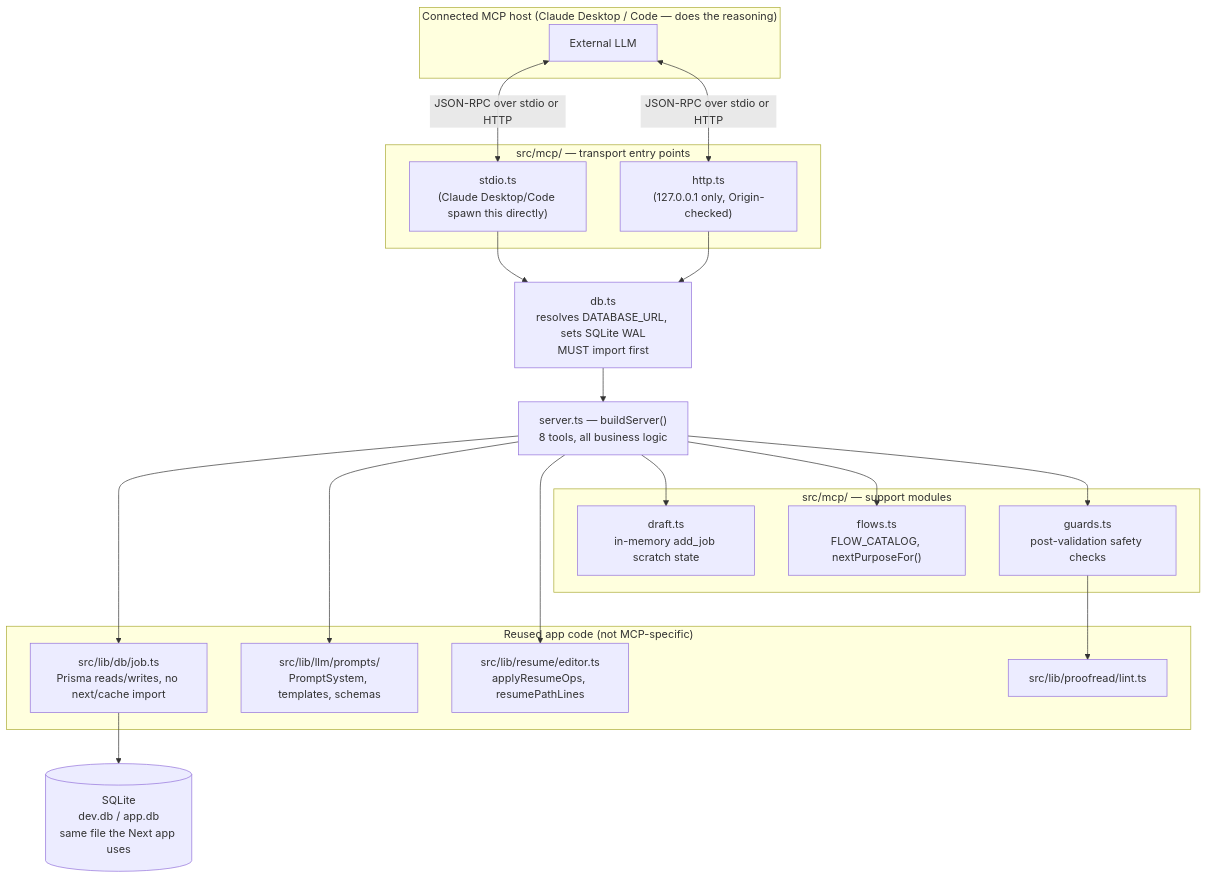
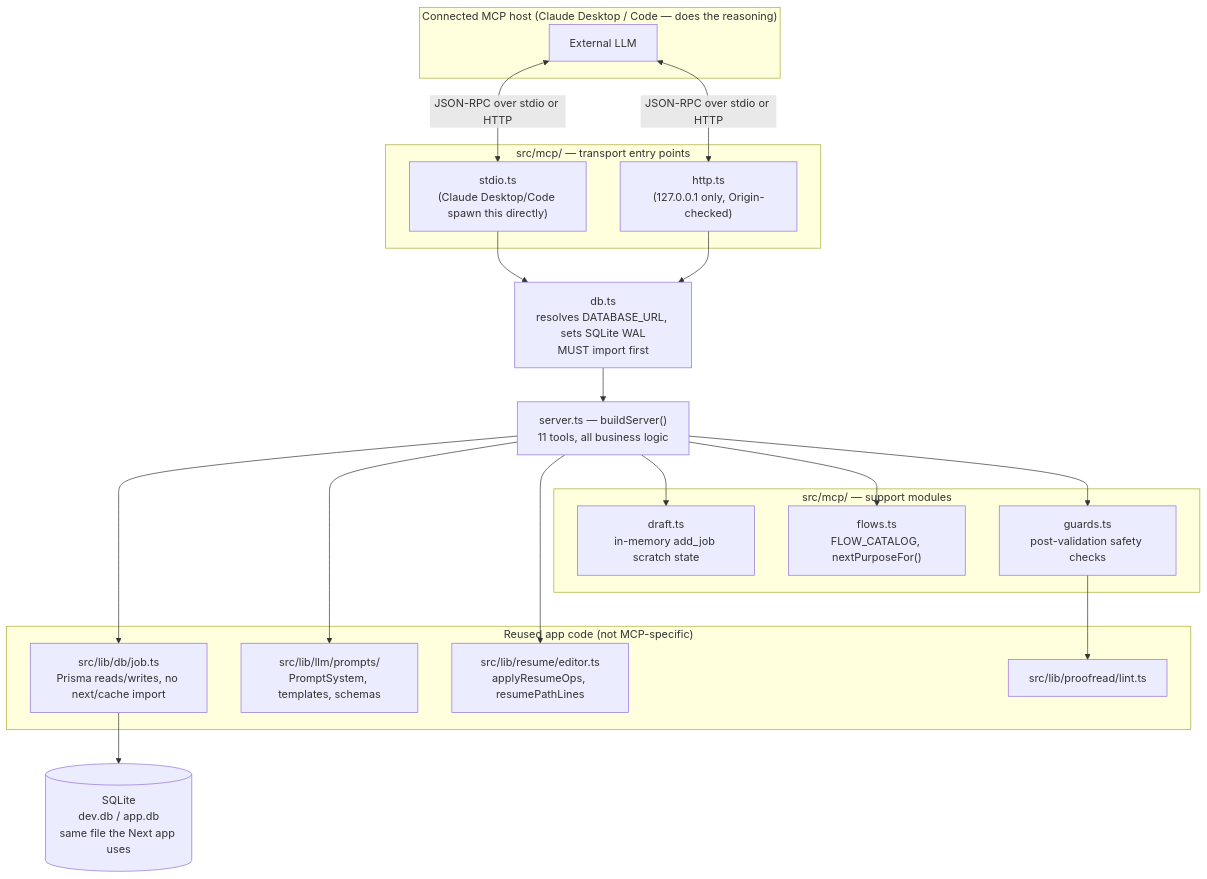
One commit to Pranavraut033/resume-builder changed the first of 9 diagrams in docs/MCP_ARCHITECTURE.md. Above: the diagram before and after it, drawn with Mermaid. The commit also changed other lines of this file and 5 other files, not shown here.

````diff
--- a/docs/MCP_ARCHITECTURE.md
+++ b/docs/MCP_ARCHITECTURE.md
@@ -19,44 +19,44 @@
 ```mermaid
 graph TD
     subgraph Host["Connected MCP host (Claude Desktop / Code — does the reasoning)"]
         H[External LLM]
     end
 
     subgraph Transport["src/mcp/ — transport entry points"]
         STDIO["stdio.ts<br/>(Claude Desktop/Code spawn this directly)"]
         HTTP["http.ts<br/>(127.0.0.1 only, Origin-checked)"]
     end
 
     DB["db.ts<br/>resolves DATABASE_URL, sets SQLite WAL<br/>MUST import first"]
 
-    SRV["server.ts — buildServer()<br/>8 tools, all business logic"]
+    SRV["server.ts — buildServer()<br/>11 tools, all business logic"]
 
     subgraph Support["src/mcp/ — support modules"]
         DRAFT["draft.ts<br/>in-memory add_job scratch state"]
         FLOWS["flows.ts<br/>FLOW_CATALOG, nextPurposeFor()"]
         GUARDS["guards.ts<br/>post-validation safety checks"]
     end
 
     subgraph Reused["Reused app code (not MCP-specific)"]
         DBJOB["src/lib/db/job.ts<br/>Prisma reads/writes, no next/cache import"]
         PROMPTS["src/lib/llm/prompts/<br/>PromptSystem, templates, schemas"]
         EDITOR["src/lib/resume/editor.ts<br/>applyResumeOps, resumePathLines"]
         LINT["src/lib/proofread/lint.ts"]
     end
 
     SQLITE[("SQLite<br/>dev.db / app.db<br/>same file the Next app uses")]
 
     H <-->|JSON-RPC over stdio or HTTP| STDIO
     H <-->|JSON-RPC over stdio or HTTP| HTTP
     STDIO --> DB
     HTTP --> DB
     DB --> SRV
     SRV --> DRAFT
     SRV --> FLOWS
     SRV --> GUARDS
     SRV --> DBJOB
     SRV --> PROMPTS
     SRV --> EDITOR
     GUARDS --> LINT
     DBJOB --> SQLITE
 ```
````
